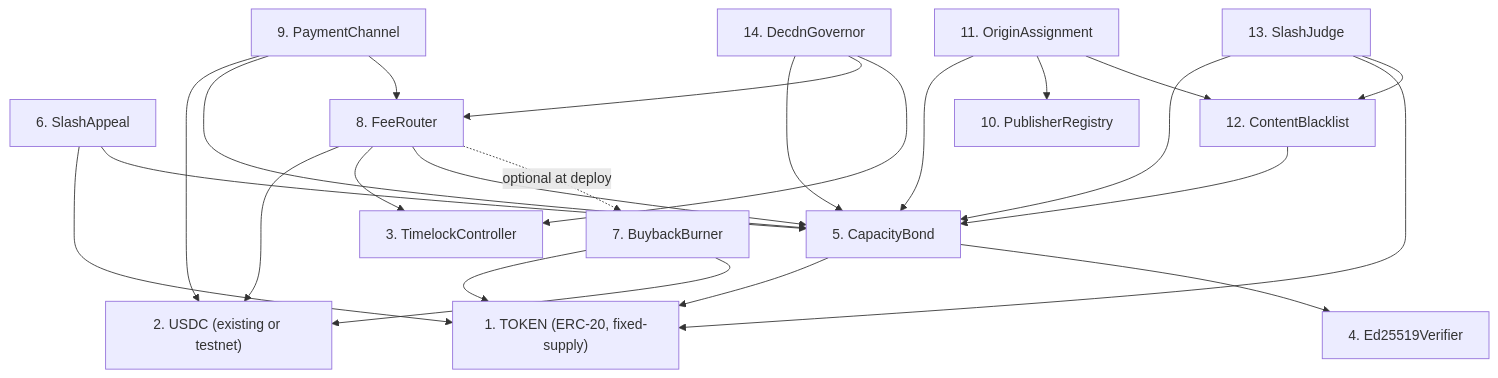
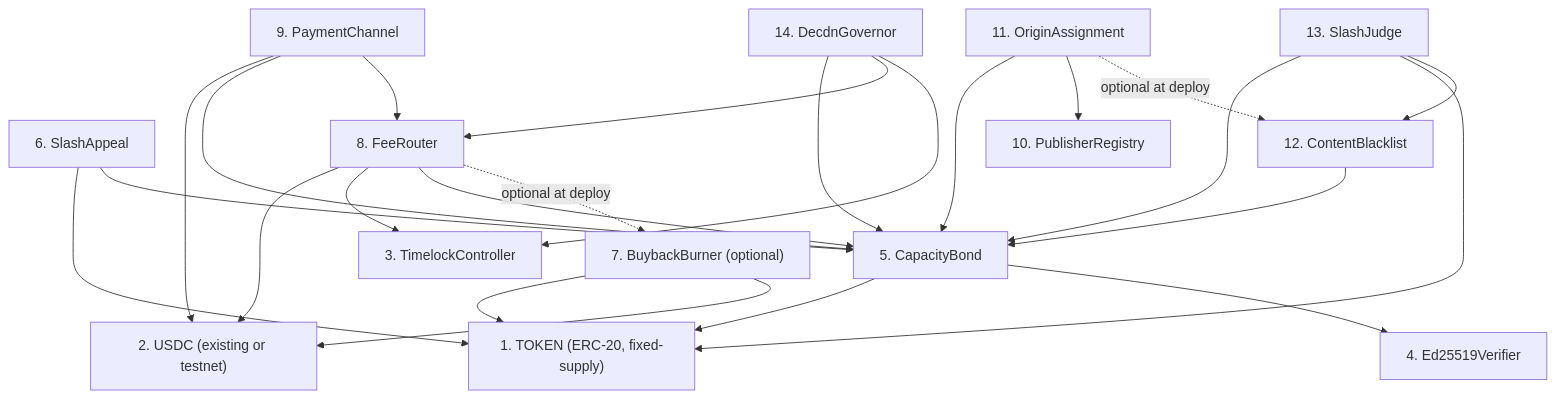
One commit to decdn/decdn changed the second of 5 diagrams in adr/016-contract-interactions.md. Above: the diagram before and after it, drawn with Mermaid. The commit also changed other lines of this file and 3 other files, not shown here.

````diff
--- a/adr/016-contract-interactions.md
+++ b/adr/016-contract-interactions.md
@@ -255,41 +255,41 @@
 ```mermaid
 graph TD
     TOKEN["1. TOKEN (ERC-20, fixed-supply)"]
     USDC["2. USDC (existing or testnet)"]
     TL["3. TimelockController"]
     ED["4. Ed25519Verifier"]
     CBOND["5. CapacityBond"]
     SA["6. SlashAppeal"]
-    BB["7. BuybackBurner"]
+    BB["7. BuybackBurner (optional)"]
     FR["8. FeeRouter"]
     SPC["9. PaymentChannel"]
     PR["10. PublisherRegistry"]
     OA["11. OriginAssignment"]
     CB["12. ContentBlacklist"]
     SJ["13. SlashJudge"]
     GOV["14. DecdnGovernor"]
 
     CBOND --> TOKEN
     CBOND --> ED
     SA --> TOKEN
     SA --> CBOND
     BB --> TOKEN
     BB --> USDC
     FR --> USDC
     FR --> TL
     FR --> CBOND
     FR -.->|"optional at deploy"| BB
     SPC --> USDC
     SPC --> CBOND
     SPC --> FR
     OA --> CBOND
     OA --> PR
-    OA --> CB
+    OA -.->|"optional at deploy"| CB
     CB --> CBOND
     SJ --> CBOND
     SJ --> TOKEN
     SJ --> CB
     GOV --> CBOND
     GOV --> FR
     GOV --> TL
 ```
````
